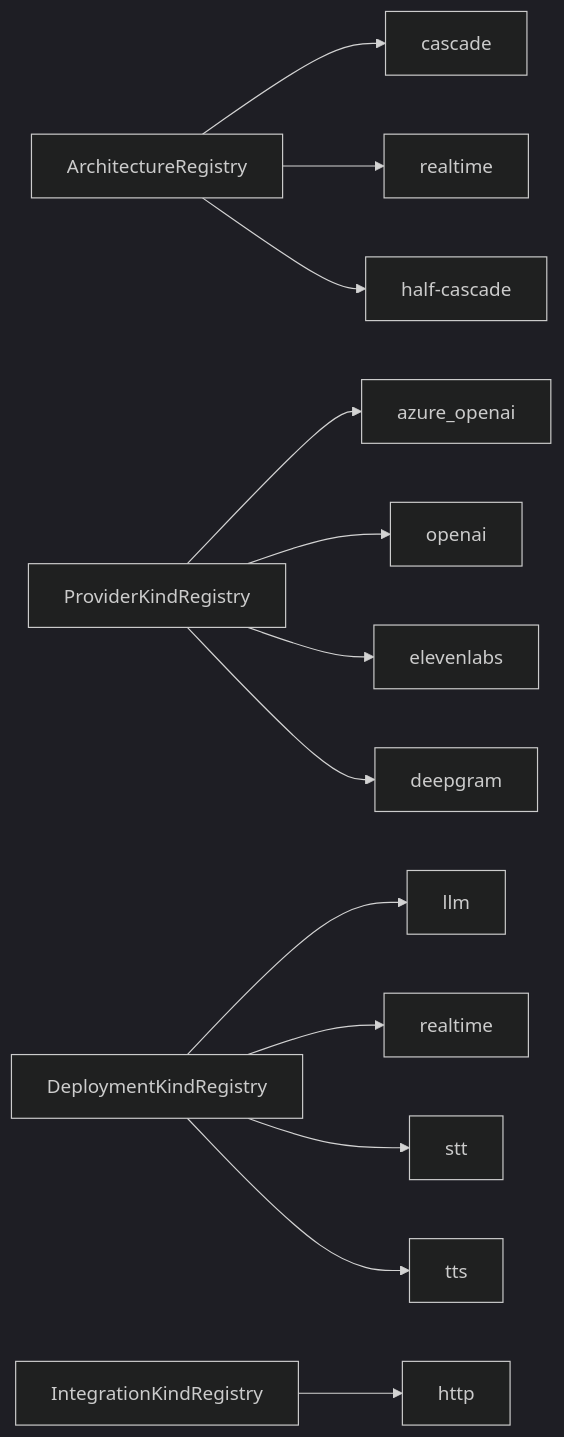
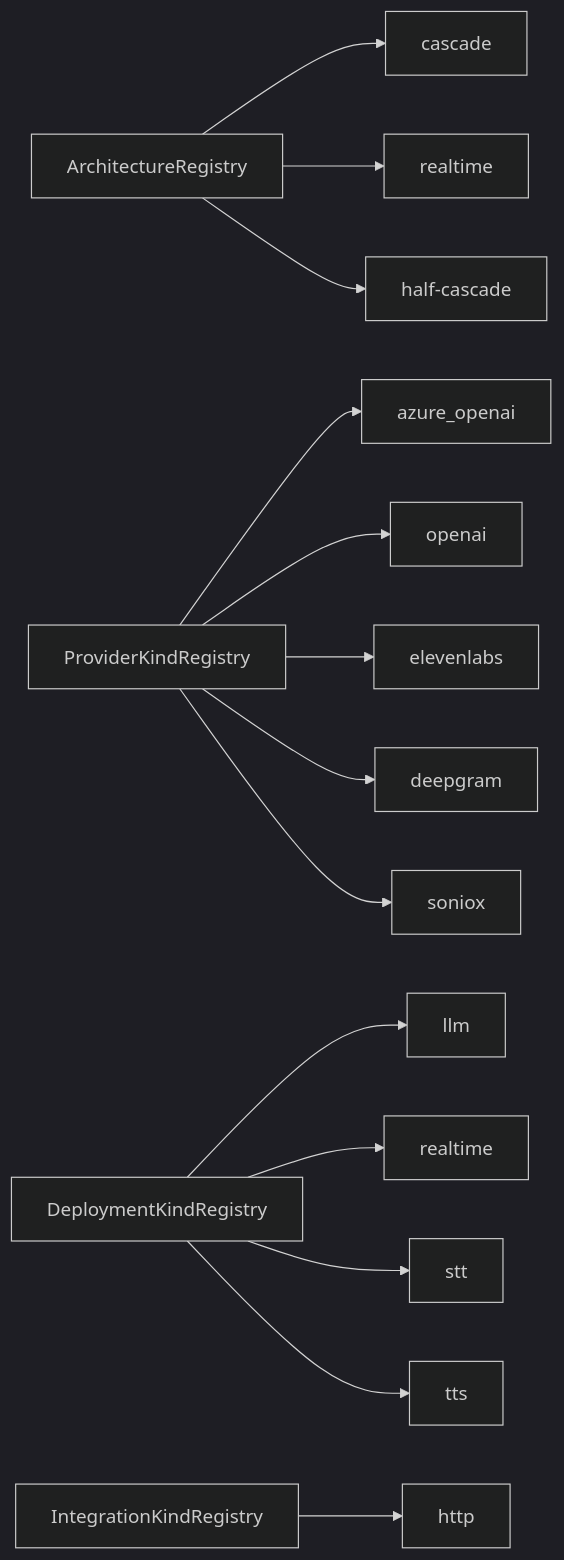
Before and after one commit to kitnew/agentic-backend: the seventh of 12 diagrams in docs/control-plane/ARCHITECTURE.md, drawn with Mermaid (dark theme). The commit also changed other lines of this file and 13 other files, not shown here.

````diff
--- a/docs/control-plane/ARCHITECTURE.md
+++ b/docs/control-plane/ARCHITECTURE.md
@@ -698,22 +698,23 @@
 ```mermaid
 flowchart LR
     AR[ArchitectureRegistry]
     AR --> A1[cascade]
     AR --> A2[realtime]
     AR --> A3[half-cascade]
 
     PKR[ProviderKindRegistry]
     PKR --> PK1[azure_openai]
     PKR --> PK2[openai]
     PKR --> PK3[elevenlabs]
     PKR --> PK4[deepgram]
+    PKR --> PK5[soniox]
 
     DKR[DeploymentKindRegistry]
     DKR --> DK1[llm]
     DKR --> DK2[realtime]
     DKR --> DK3[stt]
     DKR --> DK4[tts]
 
     IKR[IntegrationKindRegistry]
     IKR --> IK1[http]
 ```
````
